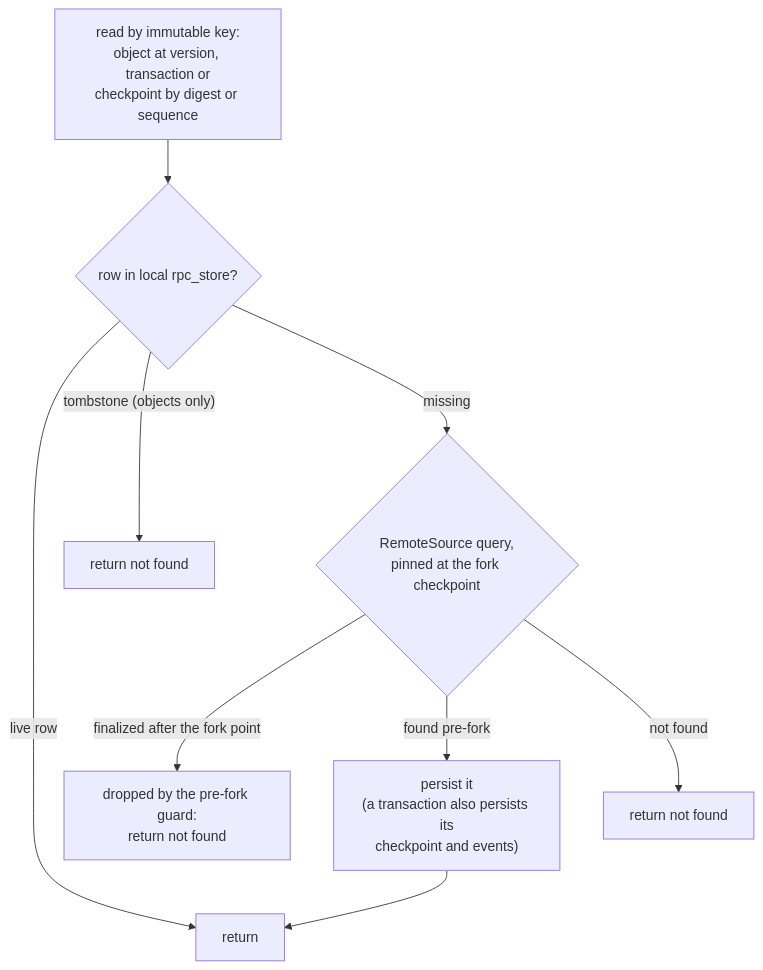
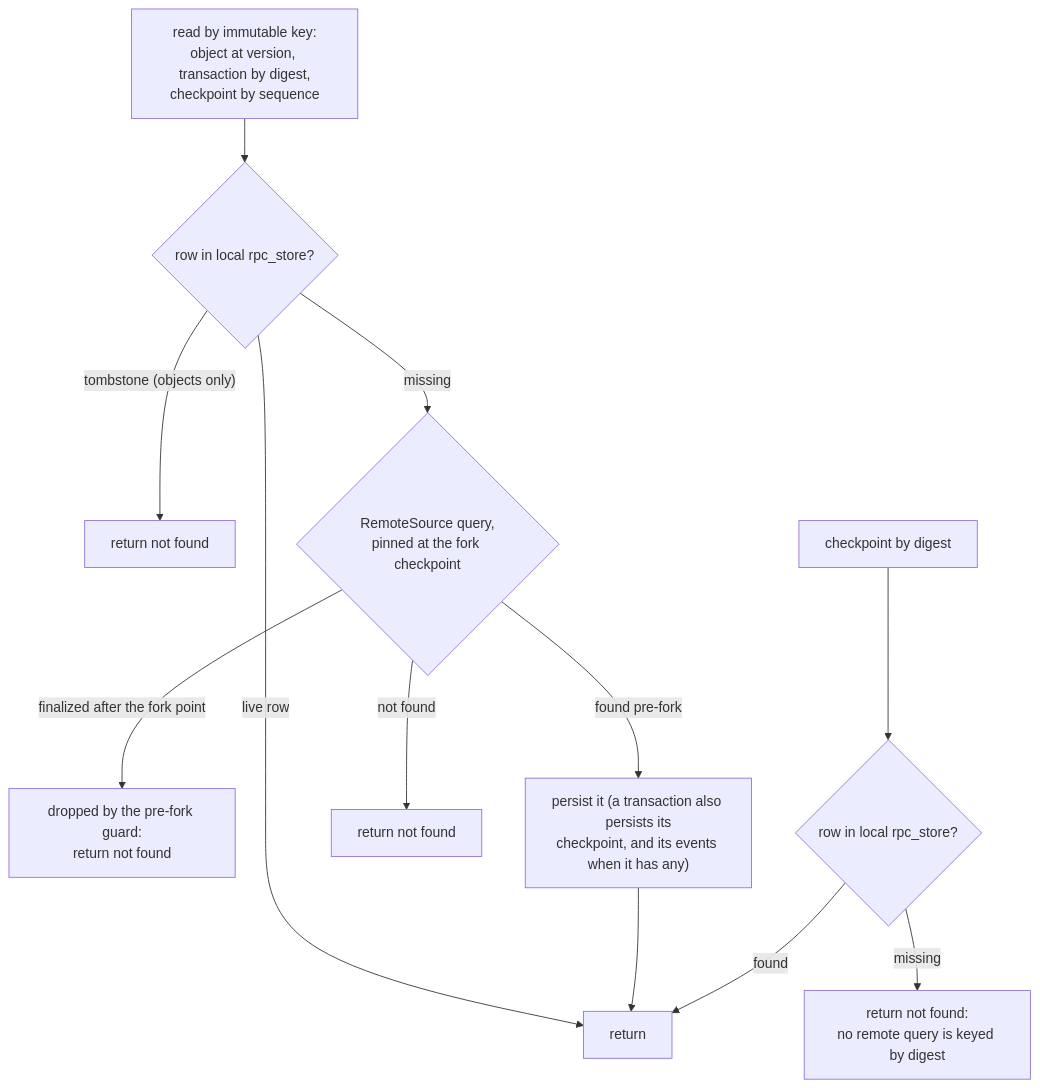
One commit to MystenLabs/sui changed the fifth of 7 diagrams in crates/sui-fork/design/workflow.md. Above: the diagram before and after it, drawn with Mermaid. The commit also changed other lines of this file and 1 other file, not shown here.

````diff
--- a/crates/sui-fork/design/workflow.md
+++ b/crates/sui-fork/design/workflow.md
@@ -128,10 +169,13 @@
 ```mermaid
 flowchart TD
-    key["read by immutable key:<br/>object at version, transaction or<br/>checkpoint by digest or sequence"] --> local{"row in local rpc_store?"}
+    key["read by immutable key:<br/>object at version, transaction by digest,<br/>checkpoint by sequence"] --> local{"row in local rpc_store?"}
     local -->|live row| ret[return]
     local -->|"tombstone (objects only)"| gone[return not found]
     local -->|missing| remote{"RemoteSource query,<br/>pinned at the fork checkpoint"}
     remote -->|"finalized after the fork point"| dropped["dropped by the pre-fork guard:<br/>return not found"]
-    remote -->|found pre-fork| persist["persist it<br/>(a transaction also persists its<br/>checkpoint and events)"] --> ret
+    remote -->|found pre-fork| persist["persist it (a transaction also persists its<br/>checkpoint, and its events when it has any)"] --> ret
     remote -->|not found| miss[return not found]
+    dig["checkpoint by digest"] --> diglocal{"row in local rpc_store?"}
+    diglocal -->|found| ret
+    diglocal -->|missing| digmiss["return not found:<br/>no remote query is keyed by digest"]
 ```
````
